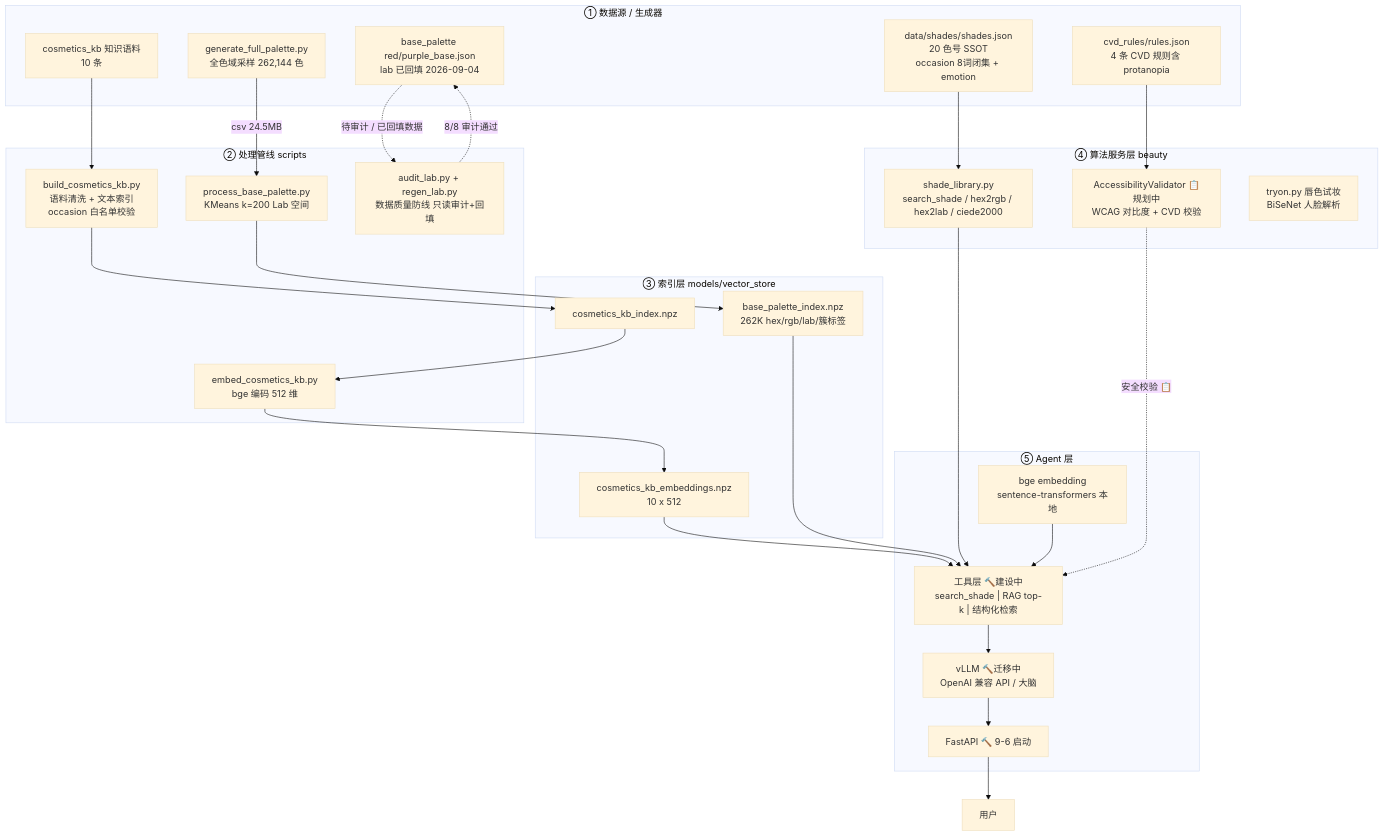
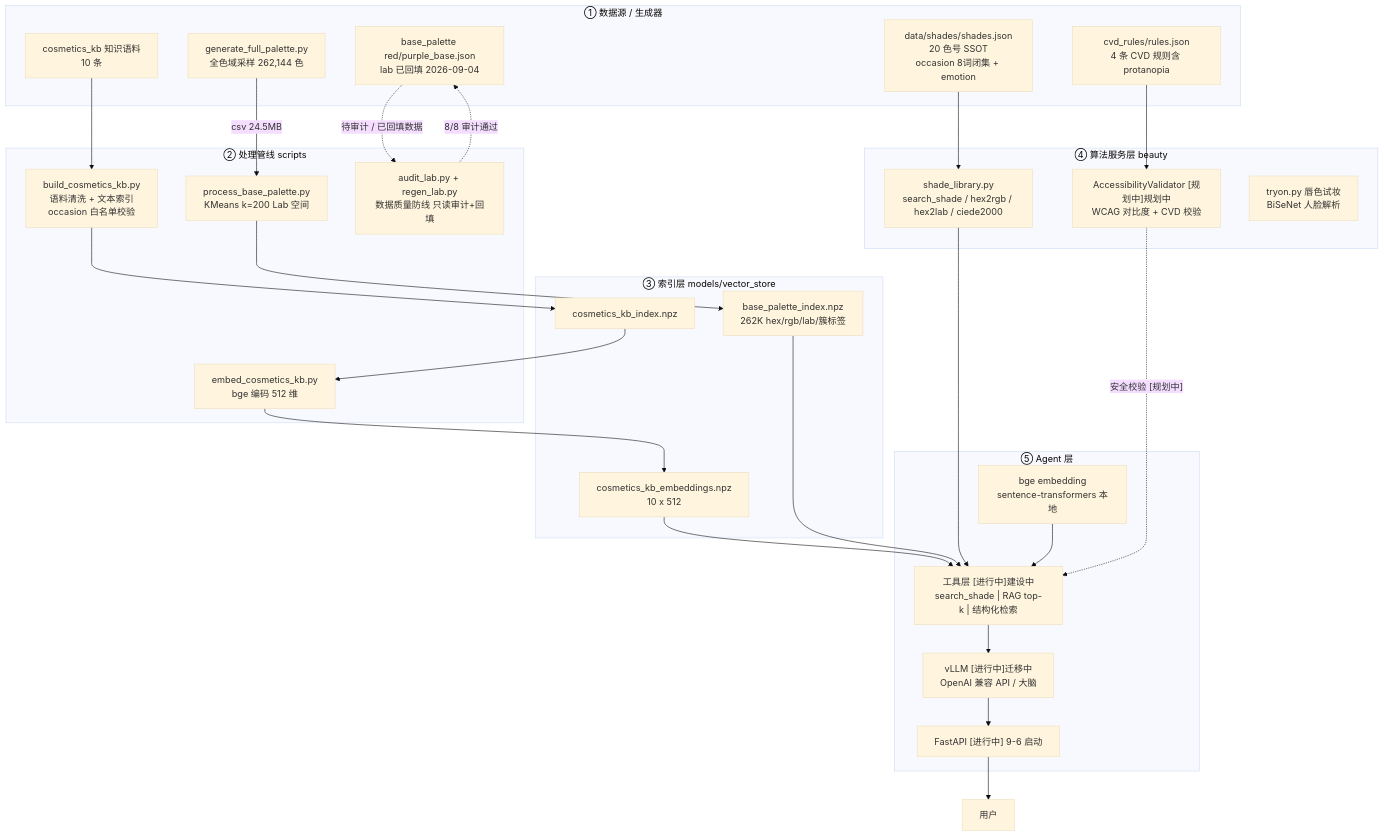
Before and after one commit to xianyubingyuhuo/ColorBoundless: the diagram in docs/architecture_flow.md, drawn with Mermaid (base theme). The commit also changed other lines of this file and 26 other files, not shown here.

````diff
--- a/docs/architecture_flow.md
+++ b/docs/architecture_flow.md
@@ -8,55 +8,55 @@
 ```mermaid
 flowchart TD
     subgraph L1["① 数据源 / 生成器"]
         GEN["generate_full_palette.py<br/>全色域采样 262,144 色"]
         SHJSON["data/shades/shades.json<br/>20 色号 SSOT<br/>occasion 8词闭集 + emotion"]
         KBCORPUS["cosmetics_kb 知识语料<br/>10 条"]
         BASEJSON["base_palette red/purple_base.json<br/>lab 已回填 2026-09-04"]
         CVD["cvd_rules/rules.json<br/>4 条 CVD 规则含 protanopia"]
     end
 
     subgraph L2["② 处理管线 scripts"]
         BUILDKB["build_cosmetics_kb.py<br/>语料清洗 + 文本索引<br/>occasion 白名单校验"]
         EMBEDKB["embed_cosmetics_kb.py<br/>bge 编码 512 维"]
         PROCBASE["process_base_palette.py<br/>KMeans k=200 Lab 空间"]
         AUDIT["audit_lab.py + regen_lab.py<br/>数据质量防线 只读审计+回填"]
     end
 
     subgraph L3["③ 索引层 models/vector_store"]
         BASEIDX["base_palette_index.npz<br/>262K hex/rgb/lab/簇标签"]
         KBIDX["cosmetics_kb_index.npz"]
         KBVEC["cosmetics_kb_embeddings.npz<br/>10 x 512"]
     end
 
     subgraph L4["④ 算法服务层 beauty"]
         SHADELIB["shade_library.py<br/>search_shade / hex2rgb / hex2lab / ciede2000"]
-        CVDVAL["AccessibilityValidator 📋规划中<br/>WCAG 对比度 + CVD 校验"]
+        CVDVAL["AccessibilityValidator [规划中]规划中<br/>WCAG 对比度 + CVD 校验"]
         TRYON["tryon.py 唇色试妆<br/>BiSeNet 人脸解析"]
     end
 
     subgraph L5["⑤ Agent 层"]
         BGE["bge embedding<br/>sentence-transformers 本地"]
-        TOOLS["工具层 🔨建设中<br/>search_shade | RAG top-k | 结构化检索"]
-        VLLM["vLLM 🔨迁移中<br/>OpenAI 兼容 API / 大脑"]
-        FASTAPI["FastAPI 🔨 9-6 启动"]
+        TOOLS["工具层 [进行中]建设中<br/>search_shade | RAG top-k | 结构化检索"]
+        VLLM["vLLM [进行中]迁移中<br/>OpenAI 兼容 API / 大脑"]
+        FASTAPI["FastAPI [进行中] 9-6 启动"]
     end
 
     GEN -->|"csv 24.5MB"| PROCBASE
     PROCBASE --> BASEIDX
     KBCORPUS --> BUILDKB
     BUILDKB --> KBIDX
     KBIDX --> EMBEDKB
     EMBEDKB --> KBVEC
     SHJSON --> SHADELIB
     BASEJSON -.->|"待审计 / 已回填数据"| AUDIT
     AUDIT -.->|"8/8 审计通过"| BASEJSON
     KBVEC --> TOOLS
     BASEIDX --> TOOLS
     SHADELIB --> TOOLS
     BGE --> TOOLS
     CVD --> CVDVAL
-    CVDVAL -.->|"安全校验 📋"| TOOLS
+    CVDVAL -.->|"安全校验 [规划中]"| TOOLS
     TOOLS --> VLLM
     VLLM --> FASTAPI
     FASTAPI --> USER["用户"]
 ```
````
